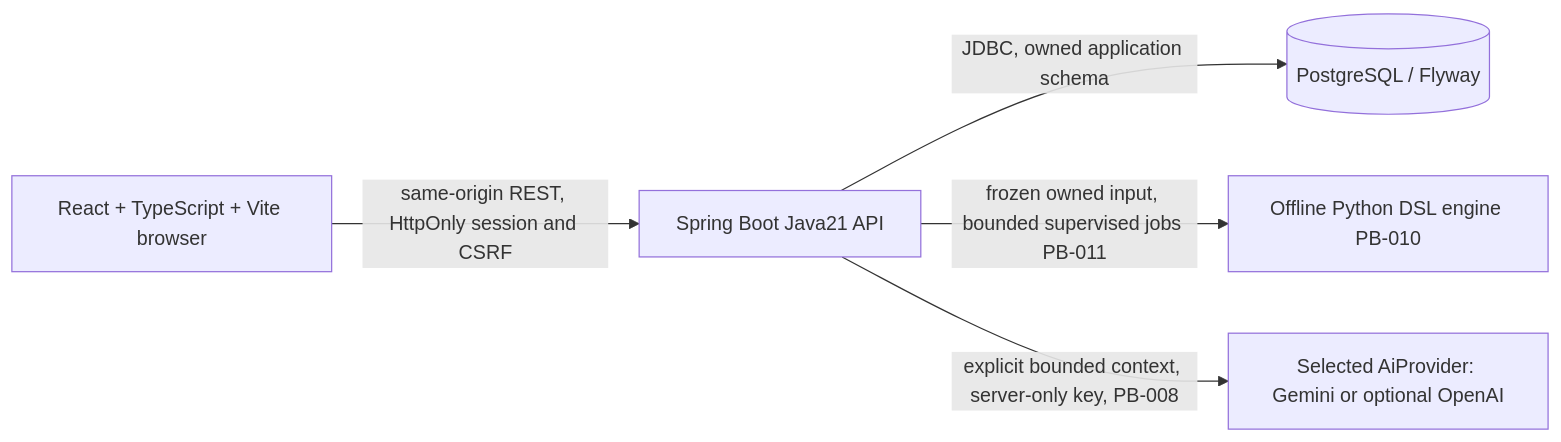
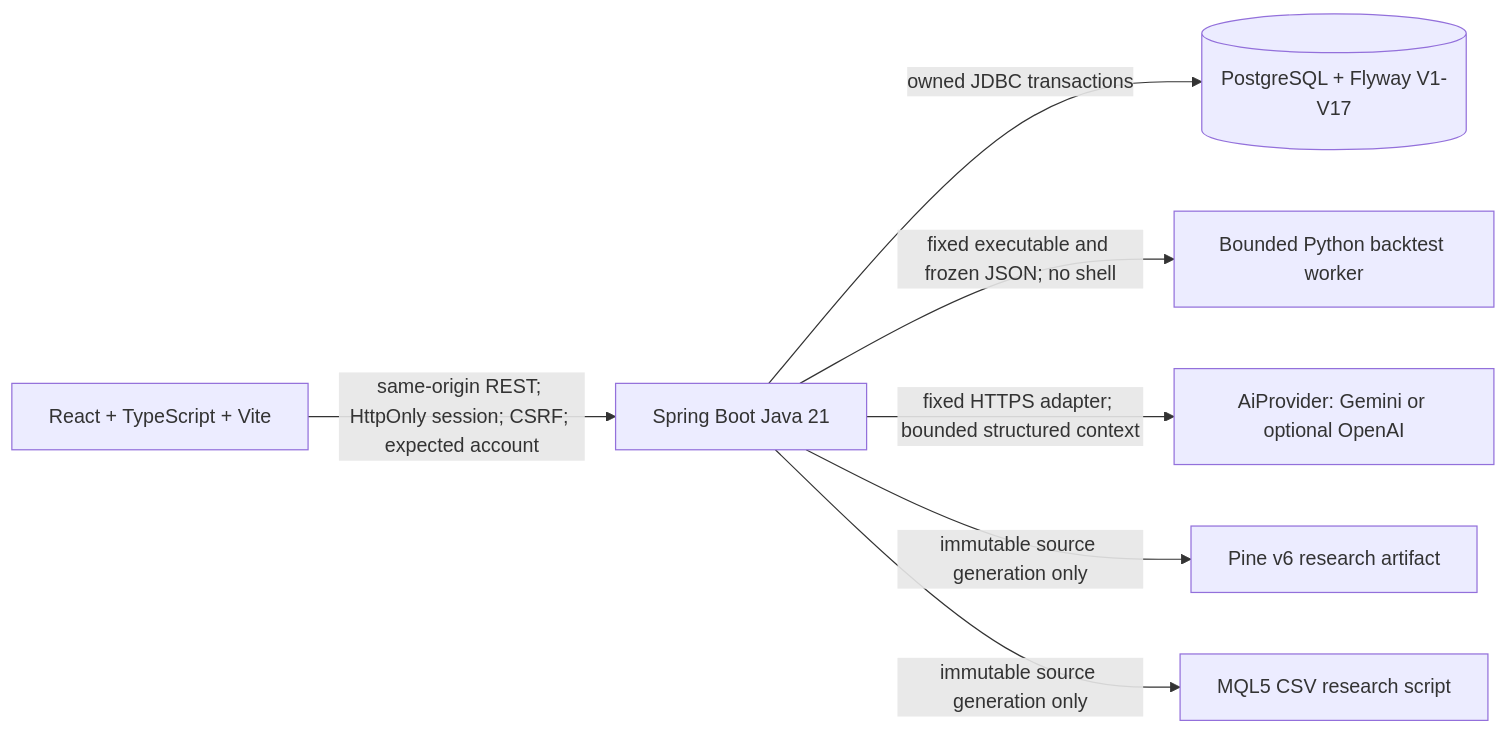
One commit to tranbaohoang10/AITrading changed the first of 4 diagrams in docs/architecture.md. Above: the diagram before and after it, drawn with Mermaid. The commit also changed other lines of this file and 17 other files, not shown here.

````diff
--- a/docs/architecture.md
+++ b/docs/architecture.md
@@ -14,12 +11,16 @@
 ```mermaid
 flowchart LR
-  Browser[React + TypeScript + Vite browser]
-  API[Spring Boot Java21 API]
-  DB[(PostgreSQL / Flyway)]
-  Python[Offline Python DSL engine PB-010]
-  Provider[Selected AiProvider: Gemini or optional OpenAI]
-  Browser -->|same-origin REST, HttpOnly session and CSRF| API
-  API -->|JDBC, owned application schema| DB
-  API -->|frozen owned input, bounded supervised jobs PB-011| Python
-  API -->|explicit bounded context, server-only key, PB-008| Provider
+  Browser[React + TypeScript + Vite]
+  API[Spring Boot Java 21]
+  DB[(PostgreSQL + Flyway V1-V17)]
+  Python[Bounded Python backtest worker]
+  AI[AiProvider: Gemini or optional OpenAI]
+  Pine[Pine v6 research artifact]
+  MQL[MQL5 CSV research script]
+  Browser -->|same-origin REST; HttpOnly session; CSRF; expected account| API
+  API -->|owned JDBC transactions| DB
+  API -->|fixed executable and frozen JSON; no shell| Python
+  API -->|fixed HTTPS adapter; bounded structured context| AI
+  API -->|immutable source generation only| Pine
+  API -->|immutable source generation only| MQL
 ```
````
